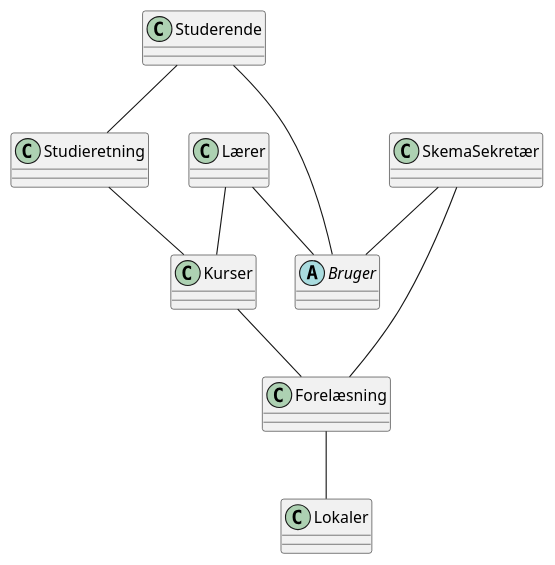
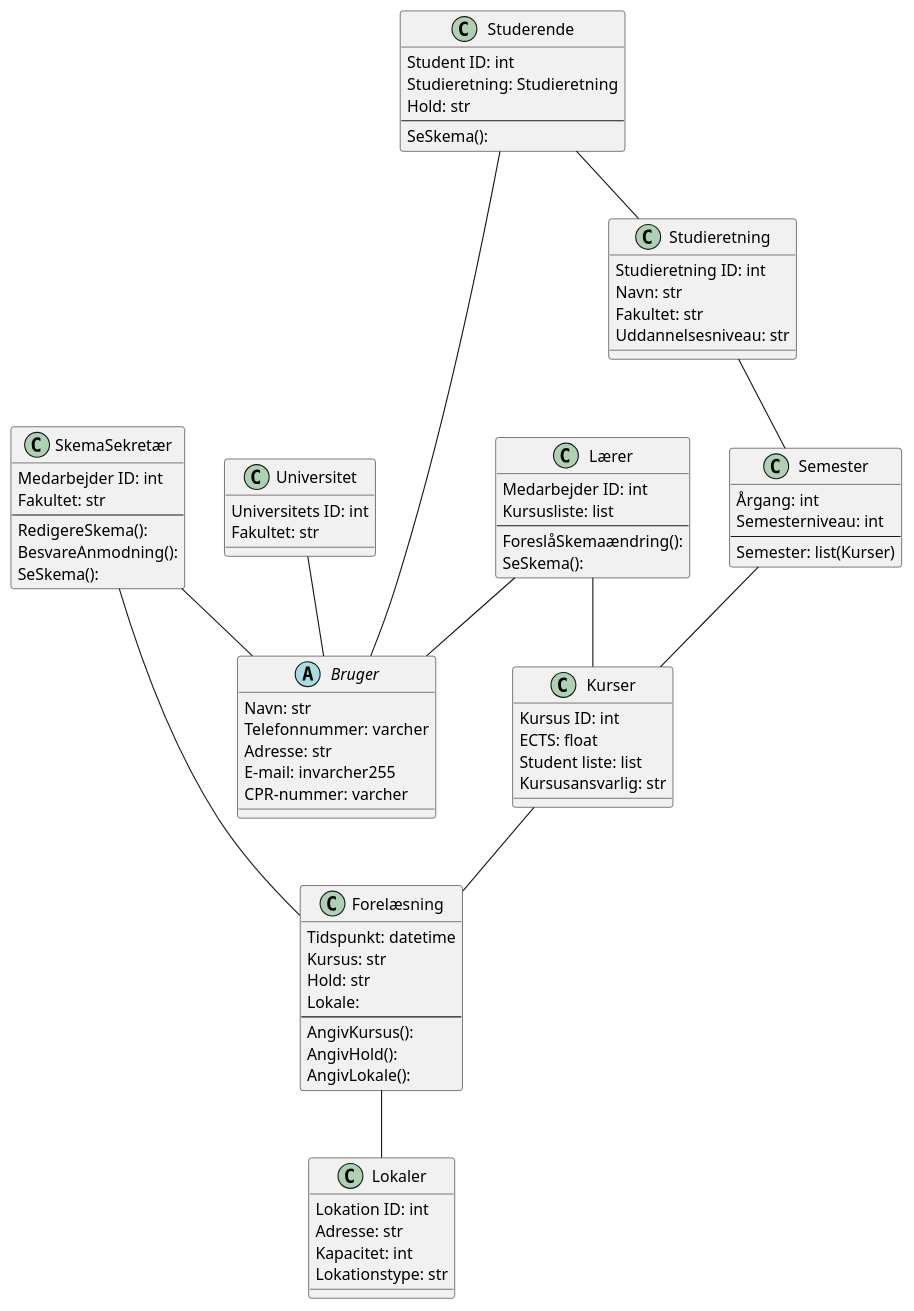
Before and after one commit to MadsSchroder/Systemudvikling-Eksamen-KU: the diagram in ClassDiagram udkast 2.puml, drawn with PlantUML.

Commit message:
klassediagram

```diff
--- a/ClassDiagram udkast 2.puml
+++ b/ClassDiagram udkast 2.puml
@@ -1,35 +1,88 @@
 @startuml
 
 Studerende -- Bruger
 SkemaSekretær -- Bruger
 Lærer -- Bruger
+Universitet -- Bruger
 Studerende -- Studieretning
-Studieretning -- Kurser
+Studieretning -- Semester
+Semester -- Kurser
 Kurser -- Forelæsning
 Forelæsning -- Lokaler
 Lærer -- Kurser
 SkemaSekretær -- Forelæsning
 
 
 class Studerende{
+    Student ID: int
+    Studieretning: Studieretning
+    Hold: str
+    --
+    SeSkema():
     }
 class SkemaSekretær{
+    Medarbejder ID: int
+    Fakultet: str
+    --
+    RedigereSkema():
+    BesvareAnmodning():
+    SeSkema():
+    }
+class Universitet{
+    Universitets ID: int
+    Fakultet: str
     }
 class Lærer{
+    Medarbejder ID: int
+    Kursusliste: list
+    --
+    ForeslåSkemaændring():
+    SeSkema():
     }
 class Lokaler{
+    Lokation ID: int
+    Adresse: str
+    Kapacitet: int
+    Lokationstype: str
     }
 class Kurser{
+    Kursus ID: int
+    ECTS: float
+    Student liste: list
+    Kursusansvarlig: str
     }
 class Forelæsning{
+    Tidspunkt: datetime
+    Kursus: str
+    Hold: str
+    Lokale:
+    --
+    AngivKursus():
+    AngivHold():
+    AngivLokale():
+    }
+class Semester{
+    Årgang: int
+    Semesterniveau: int
+    --
+    Semester: list(Kurser)
     }
 class Studieretning{
+    Studieretning ID: int
+    Navn: str
+    Fakultet: str
+    Uddannelsesniveau: str
     }
 abstract class Bruger{
+    Navn: str
+    Telefonnummer: varcher
+    Adresse: str
+    E-mail: invarcher255
+    CPR-nummer: varcher
     }
 
 
 
 
 
 @enduml
```
